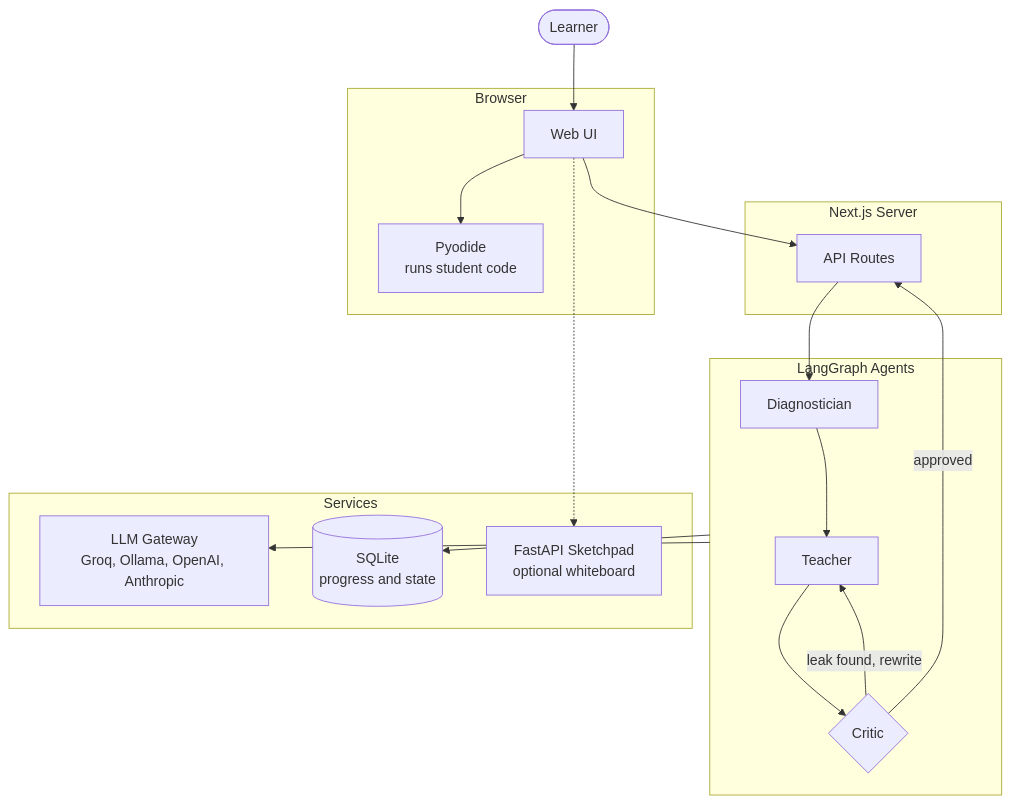
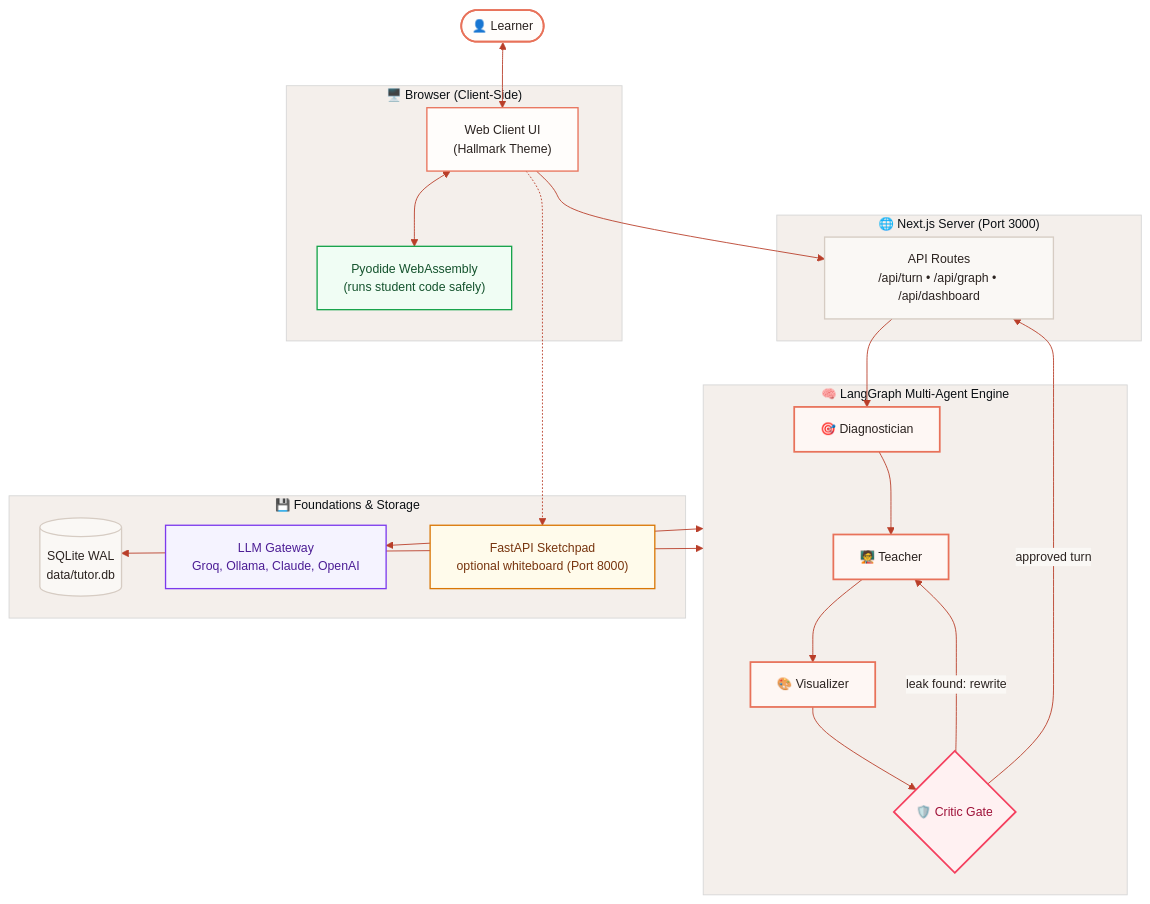
One commit to taha463/socratic-tutor changed the first of 2 diagrams in README.md. Above: the diagram before and after it, drawn with Mermaid. The commit also changed other lines of this file and 3 other files, not shown here.

Commit message:
docs: theme system architecture with Hallmark palette and all 4 agents

````diff
--- a/README.md
+++ b/README.md
@@ -76,33 +76,62 @@
 ```mermaid
+%%{init: {
+  'theme': 'base',
+  'themeVariables': {
+    'primaryColor': '#FFFDFB',
+    'primaryTextColor': '#2B2320',
+    'primaryBorderColor': '#E8725A',
+    'lineColor': '#B93E29',
+    'secondaryColor': '#FAF8F5',
+    'tertiaryColor': '#F4EFEB',
+    'fontFamily': 'Inter, system-ui, -apple-system, Segoe UI, Roboto, sans-serif',
+    'fontSize': '14px'
+  }
+}}%%
+
 flowchart TB
-    User([Learner])
+    User(["👤 Learner"]):::userNode
 
-    subgraph Browser["Browser"]
-        UI[Web UI]
-        Pyodide[Pyodide<br/>runs student code]
+    subgraph Browser ["🖥️ Browser (Client-Side)"]
+        UI["Web Client UI<br/>(Hallmark Theme)"]:::uiNode
+        Pyodide["Pyodide WebAssembly<br/>(runs student code safely)"]:::sandboxNode
     end
 
-    subgraph Server["Next.js Server"]
-        API[API Routes]
+    subgraph Server ["🌐 Next.js Server (Port 3000)"]
+        API["API Routes<br/>/api/turn • /api/graph • /api/dashboard"]:::apiNode
     end
 
-    subgraph Agents["LangGraph Agents"]
-        Diag[Diagnostician] --> Teacher[Teacher] --> Critic{Critic}
-        Critic -->|leak found, rewrite| Teacher
+    subgraph Agents ["🧠 LangGraph Multi-Agent Engine"]
+        Diag["🎯 Diagnostician"]:::agentNode
+        Teacher["🧑‍🏫 Teacher"]:::agentNode
+        Vis["🎨 Visualizer"]:::agentNode
+        Critic{"🛡️ Critic Gate"}:::criticNode
+
+        Diag --> Teacher --> Vis --> Critic
+        Critic -->|leak found: rewrite| Teacher
     end
 
-    subgraph Services["Services"]
-        LLM[LLM Gateway<br/>Groq, Ollama, OpenAI, Anthropic]
-        DB[(SQLite<br/>progress and state)]
-        Sketch[FastAPI Sketchpad<br/>optional whiteboard]
+    subgraph Services ["💾 Foundations &amp; Storage"]
+        DB[("SQLite WAL<br/>data/tutor.db")]:::storageNode
+        LLM["LLM Gateway<br/>Groq, Ollama, Claude, OpenAI"]:::llmNode
+        Sketch["FastAPI Sketchpad<br/>optional whiteboard (Port 8000)"]:::sketchNode
     end
 
-    User --> UI
-    UI --> Pyodide
+    User <--> UI
+    UI <--> Pyodide
     UI --> API
     UI -.-> Sketch
     API --> Diag
-    Critic -->|approved| API
-    Agents --> LLM
-    Agents --> DB
+    Critic -->|approved turn| API
+    Agents <--> LLM
+    Agents <--> DB
+
+    classDef userNode fill:#FFFDFB,color:#2B2320,stroke:#E8725A,stroke-width:2px;
+    classDef uiNode fill:#FFFDFB,color:#2B2320,stroke:#E8725A,stroke-width:1.5px;
+    classDef sandboxNode fill:#F0FDF4,color:#14532D,stroke:#16A34A,stroke-width:1.5px;
+    classDef apiNode fill:#FAF8F5,color:#2B2320,stroke:#D6CCC3,stroke-width:1.5px;
+    classDef agentNode fill:#FEF7F4,color:#2B2320,stroke:#E8725A,stroke-width:2px;
+    classDef criticNode fill:#FFF1F2,color:#9F1239,stroke:#F43F5E,stroke-width:2px;
+    classDef storageNode fill:#FAF8F5,color:#2B2320,stroke:#D6CCC3,stroke-width:1.5px;
+    classDef llmNode fill:#F5F3FF,color:#4C1D95,stroke:#7C3AED,stroke-width:1.5px;
+    classDef sketchNode fill:#FFFBEB,color:#78350F,stroke:#D97706,stroke-width:1.5px;
 ```
````
